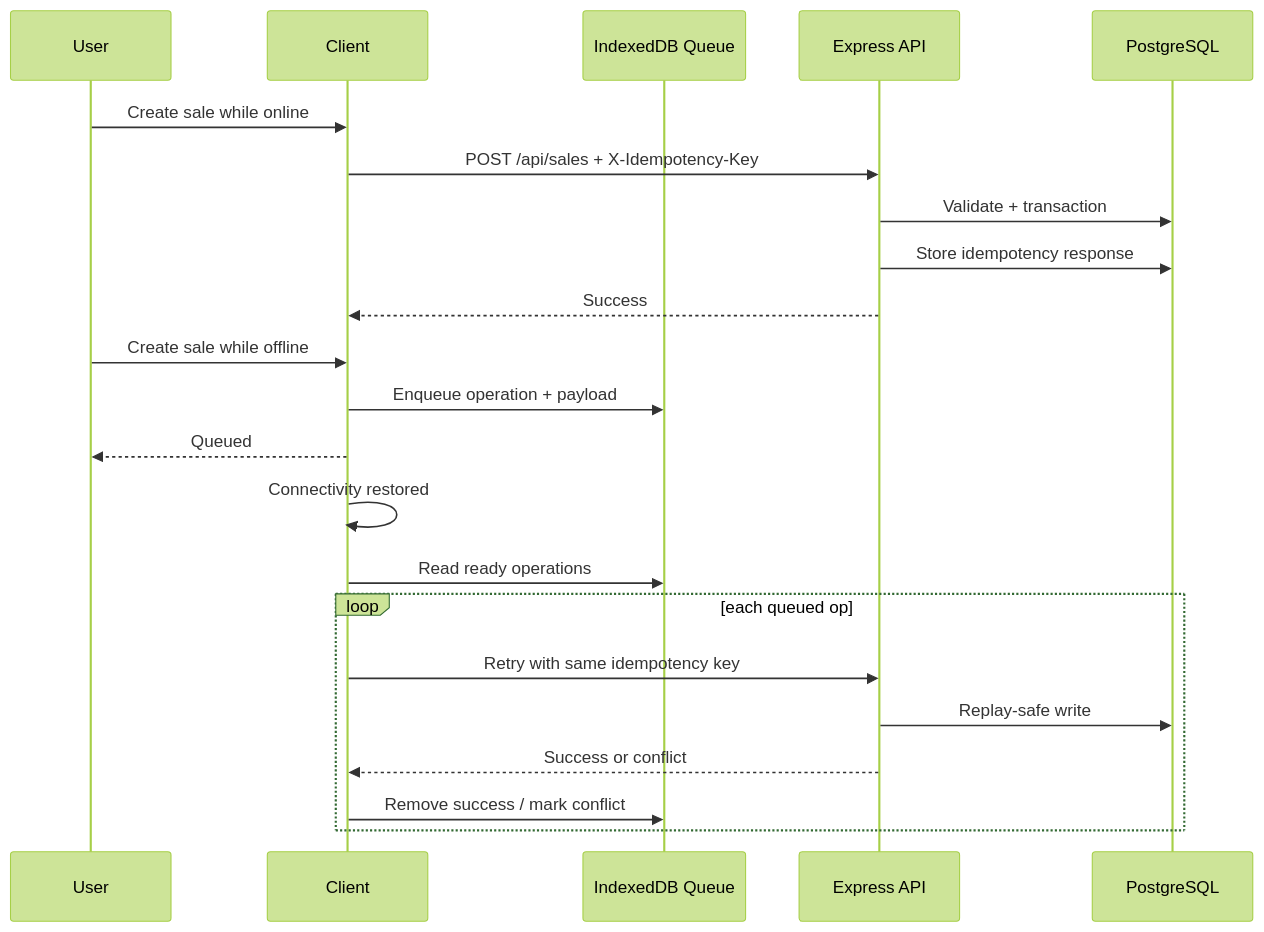
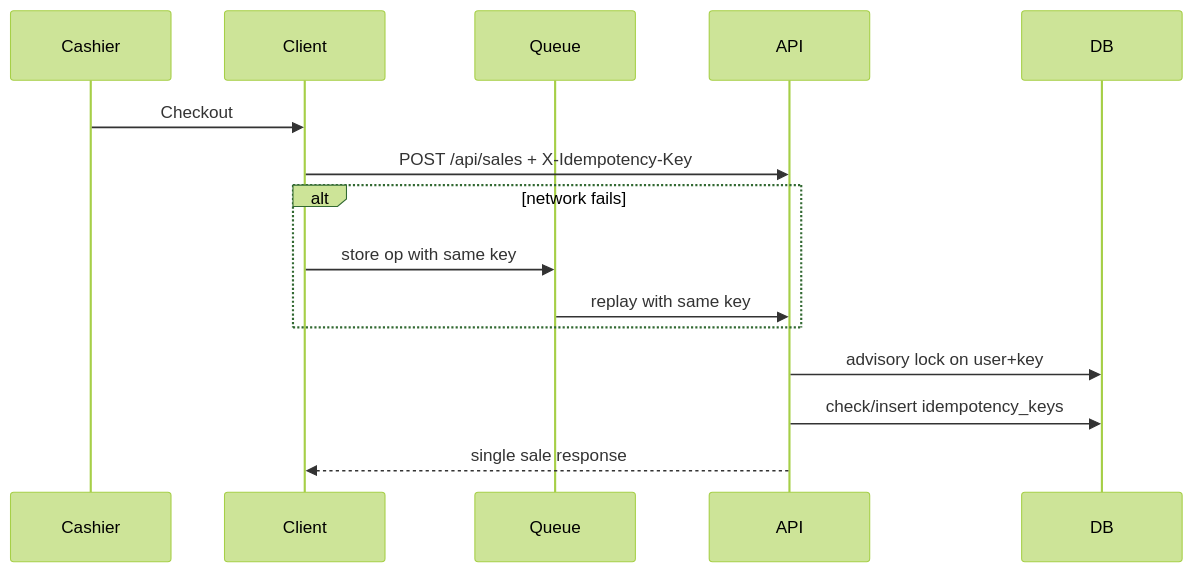
Before and after one commit to Asout3/bakery-ops-app: the second of 2 diagrams in README.md, drawn with Mermaid (forest theme). The commit also changed other lines of this file and 5 other files, not shown here.

Commit message:
Refactor admin lifecycle into service/repo and remove runtime schema DDL

````diff
--- a/README.md
+++ b/README.md
@@ -55,27 +40,18 @@
 ```mermaid
 sequenceDiagram
-    participant User
-    participant Client
-    participant Queue as IndexedDB Queue
-    participant API as Express API
-    participant DB as PostgreSQL
+  participant Cashier
+  participant Client
+  participant Queue
+  participant API
+  participant DB
 
-    User->>Client: Create sale while online
-    Client->>API: POST /api/sales + X-Idempotency-Key
-    API->>DB: Validate + transaction
-    API->>DB: Store idempotency response
-    API-->>Client: Success
-
-    User->>Client: Create sale while offline
-    Client->>Queue: Enqueue operation + payload
-    Client-->>User: Queued
-
-    Client->>Client: Connectivity restored
-    Client->>Queue: Read ready operations
-    loop each queued op
-      Client->>API: Retry with same idempotency key
-      API->>DB: Replay-safe write
-      API-->>Client: Success or conflict
-      Client->>Queue: Remove success / mark conflict
-    end
+  Cashier->>Client: Checkout
+  Client->>API: POST /api/sales + X-Idempotency-Key
+  alt network fails
+    Client->>Queue: store op with same key
+    Queue->>API: replay with same key
+  end
+  API->>DB: advisory lock on user+key
+  API->>DB: check/insert idempotency_keys
+  API-->>Client: single sale response
 ```
````
